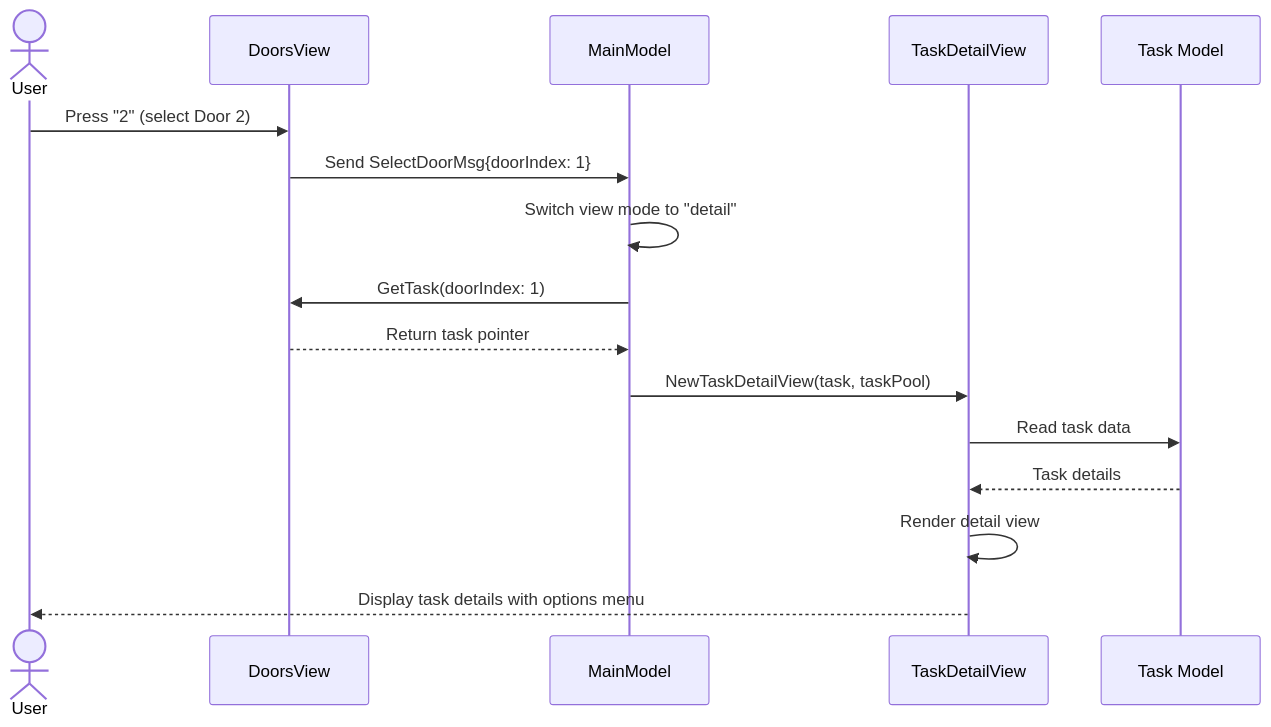
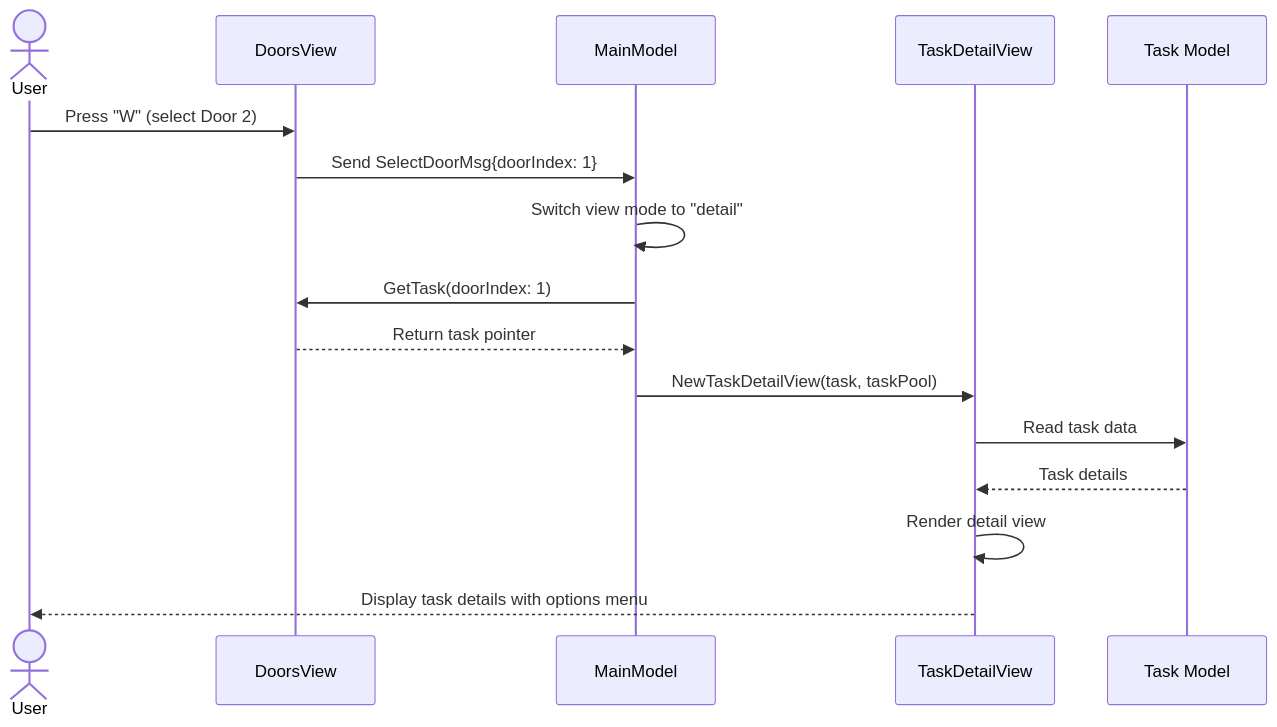
The second of 6 diagrams in docs/architecture/core-workflows.md (arcaven/ThreeDoors), drawn with Mermaid before and after one commit. The commit also changed other lines of this file and 4 other files, not shown here.

First line of the commit message:
docs: Update architecture, PRD, and story documentation

````diff
--- a/docs/architecture/core-workflows.md
+++ b/docs/architecture/core-workflows.md
@@ -41,19 +41,19 @@
 ```mermaid
 sequenceDiagram
     actor User
     participant DV as DoorsView
     participant MM as MainModel
     participant TDV as TaskDetailView
     participant Task as Task Model
 
-    User->>DV: Press "2" (select Door 2)
+    User->>DV: Press "W" (select Door 2)
     DV->>MM: Send SelectDoorMsg{doorIndex: 1}
     MM->>MM: Switch view mode to "detail"
     MM->>DV: GetTask(doorIndex: 1)
     DV-->>MM: Return task pointer
     MM->>TDV: NewTaskDetailView(task, taskPool)
     TDV->>Task: Read task data
     Task-->>TDV: Task details
     TDV->>TDV: Render detail view
     TDV-->>User: Display task details with options menu
 ```
````
